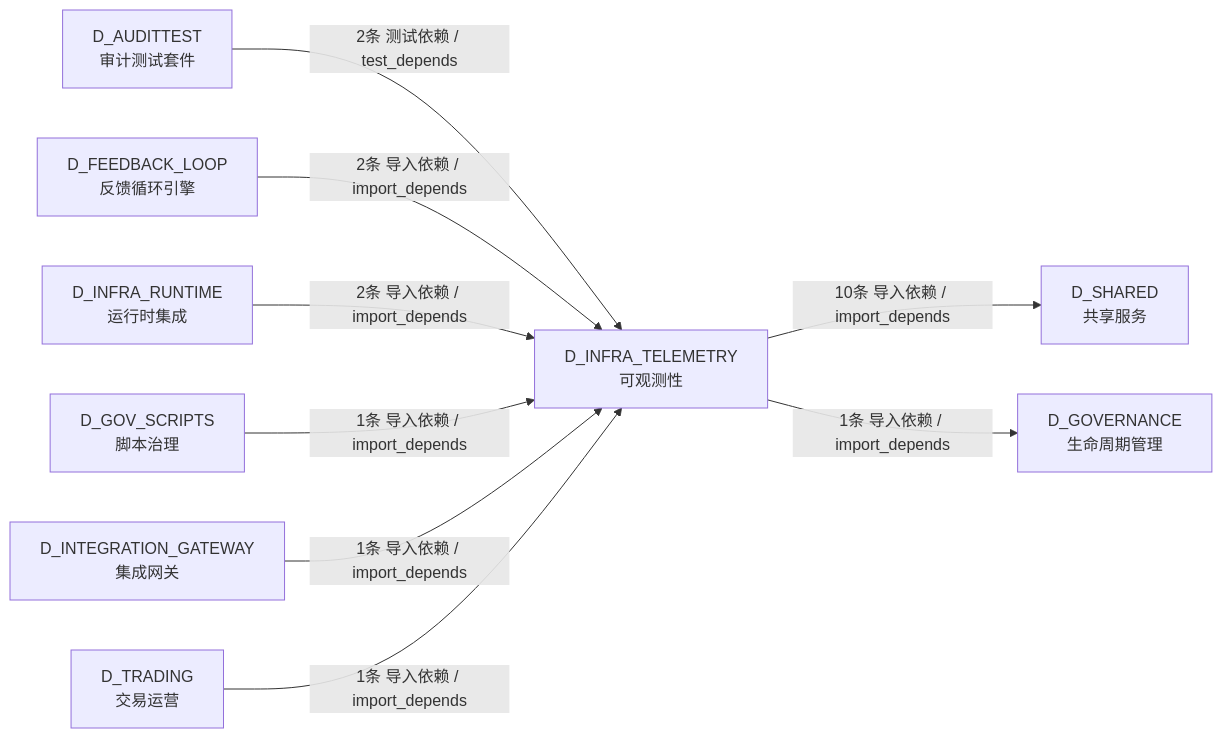
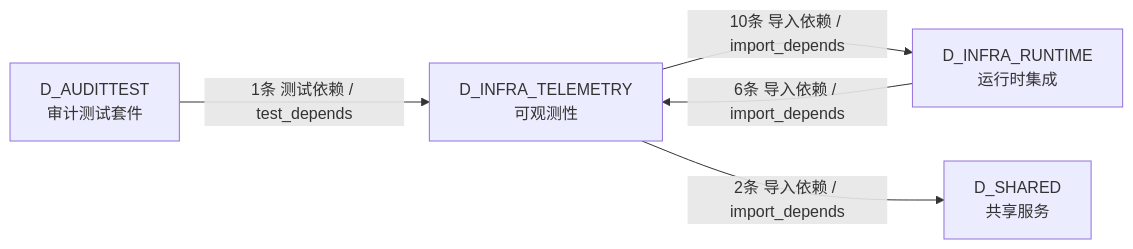
Before and after one commit to xuanFelixVan/ZephyrAlpha: the fourth of 4 diagrams in docs/02_enterprise_architecture/02_domain_architecture_docs/05_d_infra_telemetry.md, drawn with Mermaid. The commit also changed other lines of this file and 60 other files, not shown here.

````diff
--- a/docs/02_enterprise_architecture/02_domain_architecture_docs/05_d_infra_telemetry.md
+++ b/docs/02_enterprise_architecture/02_domain_architecture_docs/05_d_infra_telemetry.md
@@ -343,20 +242,11 @@
 ```mermaid
 graph LR
     D_INFRA_TELEMETRY["D_INFRA_TELEMETRY<br/>可观测性"]
+    D_INFRA_RUNTIME["D_INFRA_RUNTIME<br/>运行时集成"]
     D_SHARED["D_SHARED<br/>共享服务"]
-    D_GOVERNANCE["D_GOVERNANCE<br/>生命周期管理"]
     D_AUDITTEST["D_AUDITTEST<br/>审计测试套件"]
-    D_FEEDBACK_LOOP["D_FEEDBACK_LOOP<br/>反馈循环引擎"]
-    D_INFRA_RUNTIME["D_INFRA_RUNTIME<br/>运行时集成"]
-    D_GOV_SCRIPTS["D_GOV_SCRIPTS<br/>脚本治理"]
-    D_INTEGRATION_GATEWAY["D_INTEGRATION_GATEWAY<br/>集成网关"]
-    D_TRADING["D_TRADING<br/>交易运营"]
-    D_INFRA_TELEMETRY -->|10条 导入依赖 / import_depends| D_SHARED
-    D_INFRA_TELEMETRY -->|1条 导入依赖 / import_depends| D_GOVERNANCE
-    D_AUDITTEST -->|2条 测试依赖 / test_depends| D_INFRA_TELEMETRY
-    D_FEEDBACK_LOOP -->|2条 导入依赖 / import_depends| D_INFRA_TELEMETRY
-    D_INFRA_RUNTIME -->|2条 导入依赖 / import_depends| D_INFRA_TELEMETRY
-    D_GOV_SCRIPTS -->|1条 导入依赖 / import_depends| D_INFRA_TELEMETRY
-    D_INTEGRATION_GATEWAY -->|1条 导入依赖 / import_depends| D_INFRA_TELEMETRY
-    D_TRADING -->|1条 导入依赖 / import_depends| D_INFRA_TELEMETRY
+    D_INFRA_TELEMETRY -->|10条 导入依赖 / import_depends| D_INFRA_RUNTIME
+    D_INFRA_TELEMETRY -->|2条 导入依赖 / import_depends| D_SHARED
+    D_INFRA_RUNTIME -->|6条 导入依赖 / import_depends| D_INFRA_TELEMETRY
+    D_AUDITTEST -->|1条 测试依赖 / test_depends| D_INFRA_TELEMETRY
 ```
````
